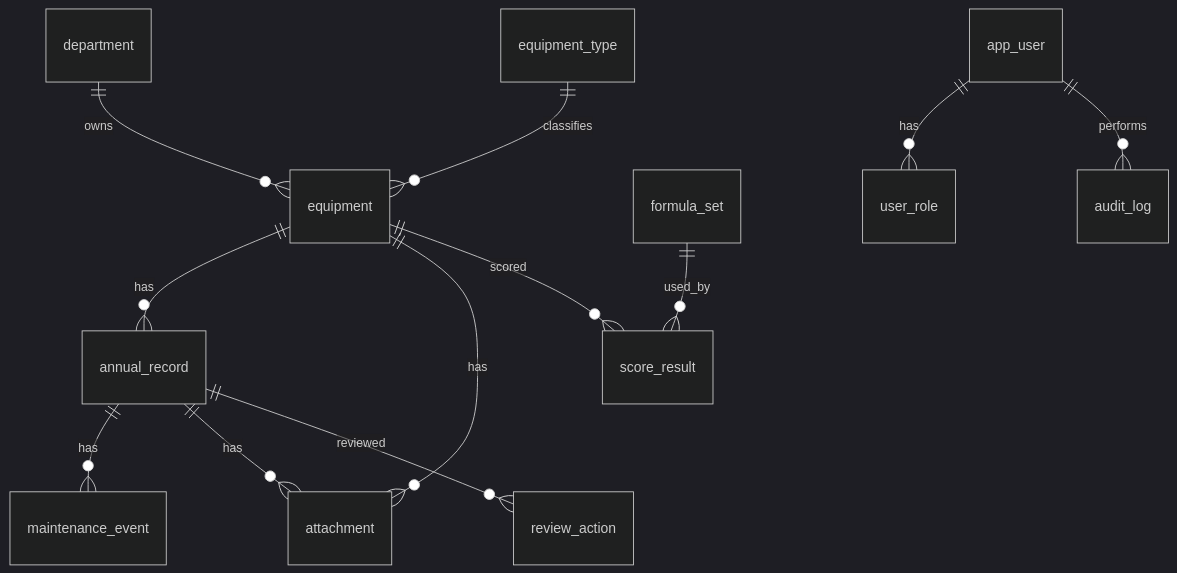
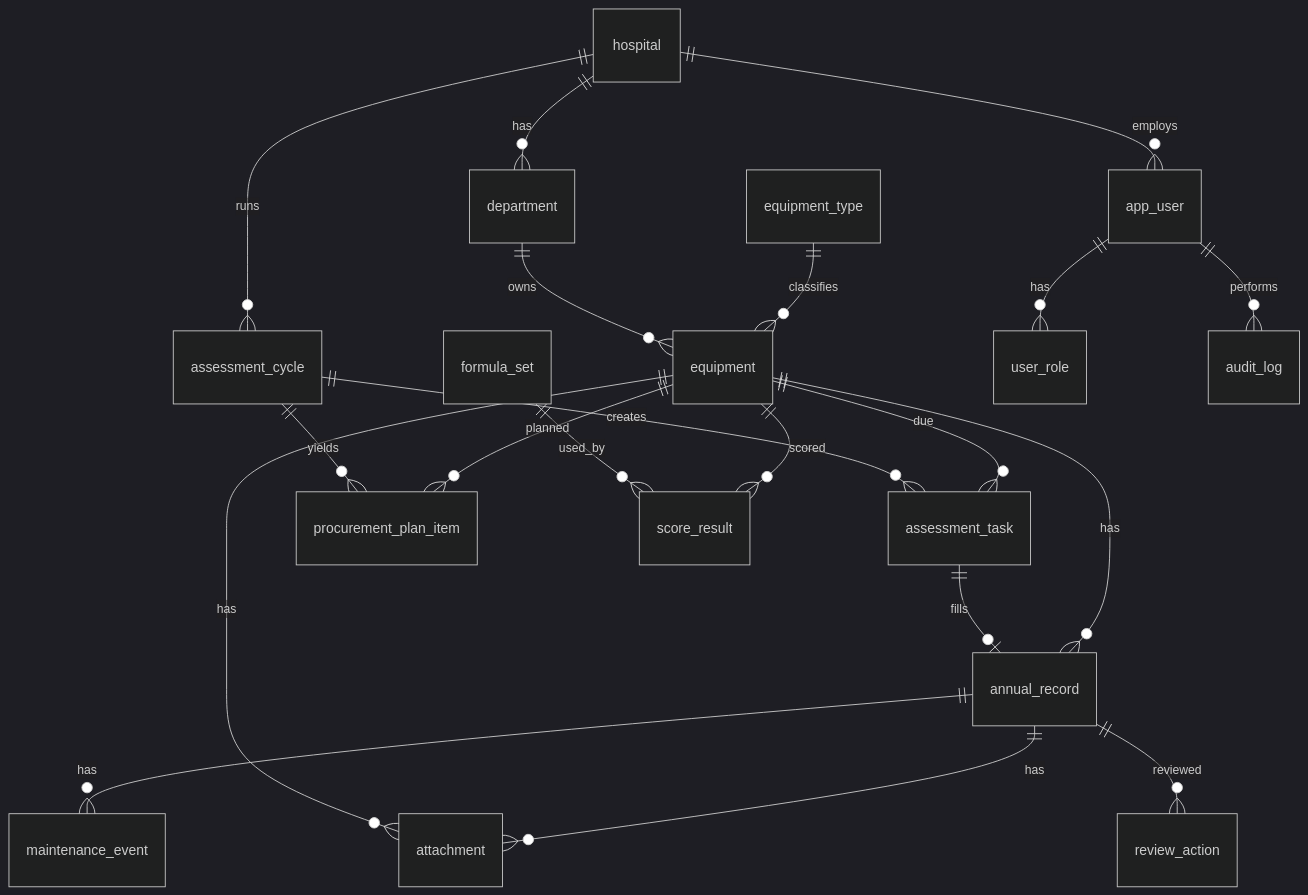
One commit to seaseeseasee/somdet-utility changed the fifth of 5 diagrams in docs/Phase1-Analysis-Design.md. Above: the diagram before and after it, drawn with Mermaid (dark theme). The commit also changed other lines of this file and 10 other files, not shown here.

First line of the commit message:
Record approved decisions (formula set v1.0) and multi-hospital assessment cycle

````diff
--- a/docs/Phase1-Analysis-Design.md
+++ b/docs/Phase1-Analysis-Design.md
@@ -412,14 +491,22 @@
 ```mermaid
 erDiagram
+  hospital ||--o{ department : has
+  hospital ||--o{ app_user : employs
+  hospital ||--o{ assessment_cycle : runs
+  assessment_cycle ||--o{ assessment_task : creates
+  equipment ||--o{ assessment_task : due
+  assessment_task ||--o| annual_record : fills
+  assessment_cycle ||--o{ procurement_plan_item : yields
+  equipment ||--o{ procurement_plan_item : planned
   department ||--o{ equipment : owns
   equipment_type ||--o{ equipment : classifies
   equipment ||--o{ annual_record : has
   equipment ||--o{ attachment : has
   annual_record ||--o{ maintenance_event : has
   annual_record ||--o{ attachment : has
   formula_set ||--o{ score_result : used_by
   equipment ||--o{ score_result : scored
   app_user ||--o{ user_role : has
   app_user ||--o{ audit_log : performs
   annual_record ||--o{ review_action : reviewed
 ```
````
